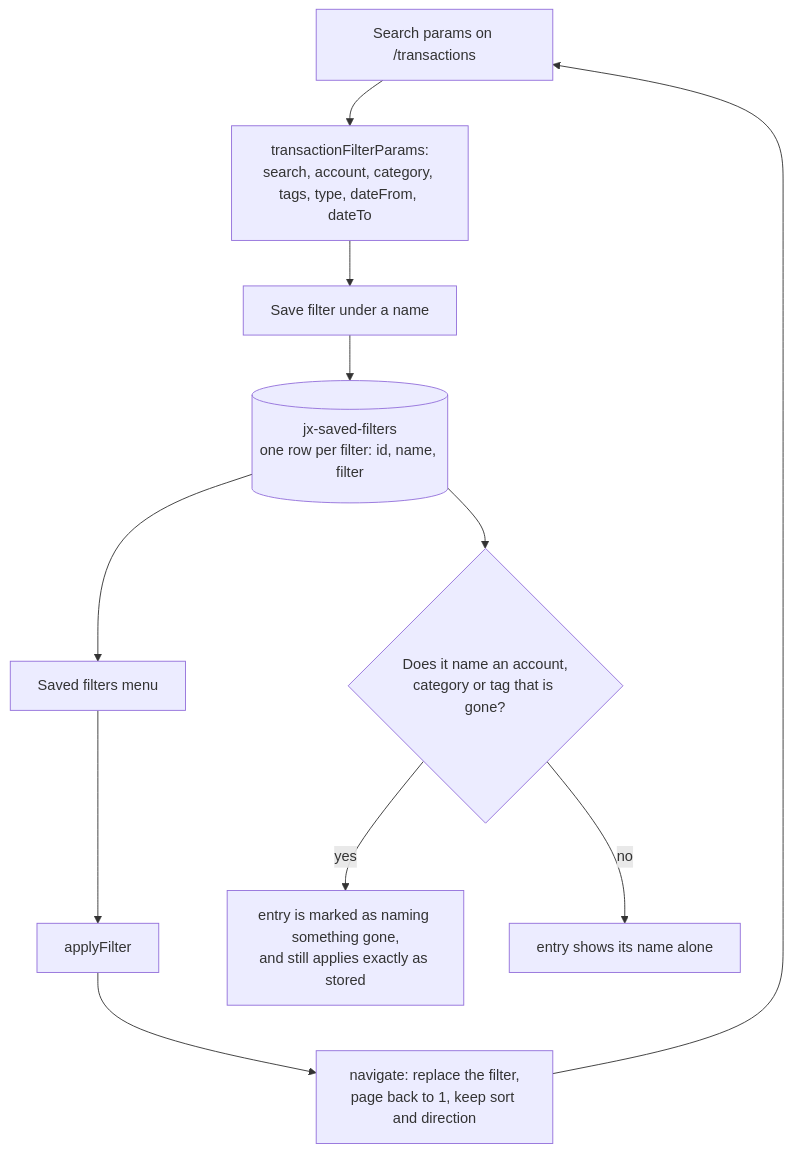
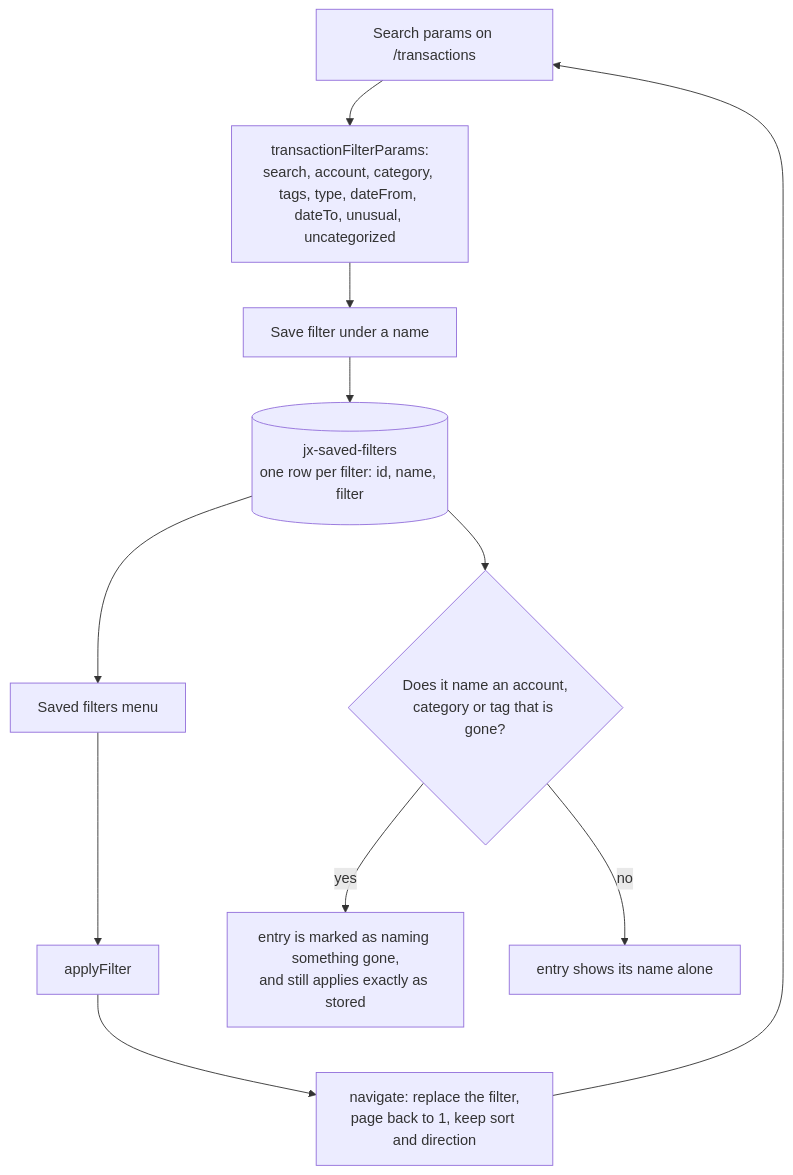
One commit to Justxs/Jx-Finance changed the fourth of 5 diagrams in docs/features/transactions.md. Above: the diagram before and after it, drawn with Mermaid. The commit also changed other lines of this file and 76 other files, not shown here.

First line of the commit message:
feat(transactions): flag unusual amounts and subscription price rises

````diff
--- a/docs/features/transactions.md
+++ b/docs/features/transactions.md
@@ -71,13 +71,13 @@
 ```mermaid
 flowchart TD
-    Url["Search params on /transactions"] --> Part["transactionFilterParams:<br/>search, account, category, tags, type, dateFrom, dateTo"]
+    Url["Search params on /transactions"] --> Part["transactionFilterParams:<br/>search, account, category, tags, type, dateFrom, dateTo, unusual, uncategorized"]
     Part --> Save["Save filter under a name"]
     Save --> Store[("jx-saved-filters<br/>one row per filter: id, name, filter")]
     Store --> List["Saved filters menu"]
     List --> Apply["applyFilter"]
     Apply --> Nav["navigate: replace the filter,<br/>page back to 1, keep sort and direction"]
     Nav --> Url
     Store --> Check{"Does it name an account,<br/>category or tag that is gone?"}
     Check -->|"yes"| Mark["entry is marked as naming something gone,<br/>and still applies exactly as stored"]
     Check -->|"no"| Plain["entry shows its name alone"]
 ```
````
